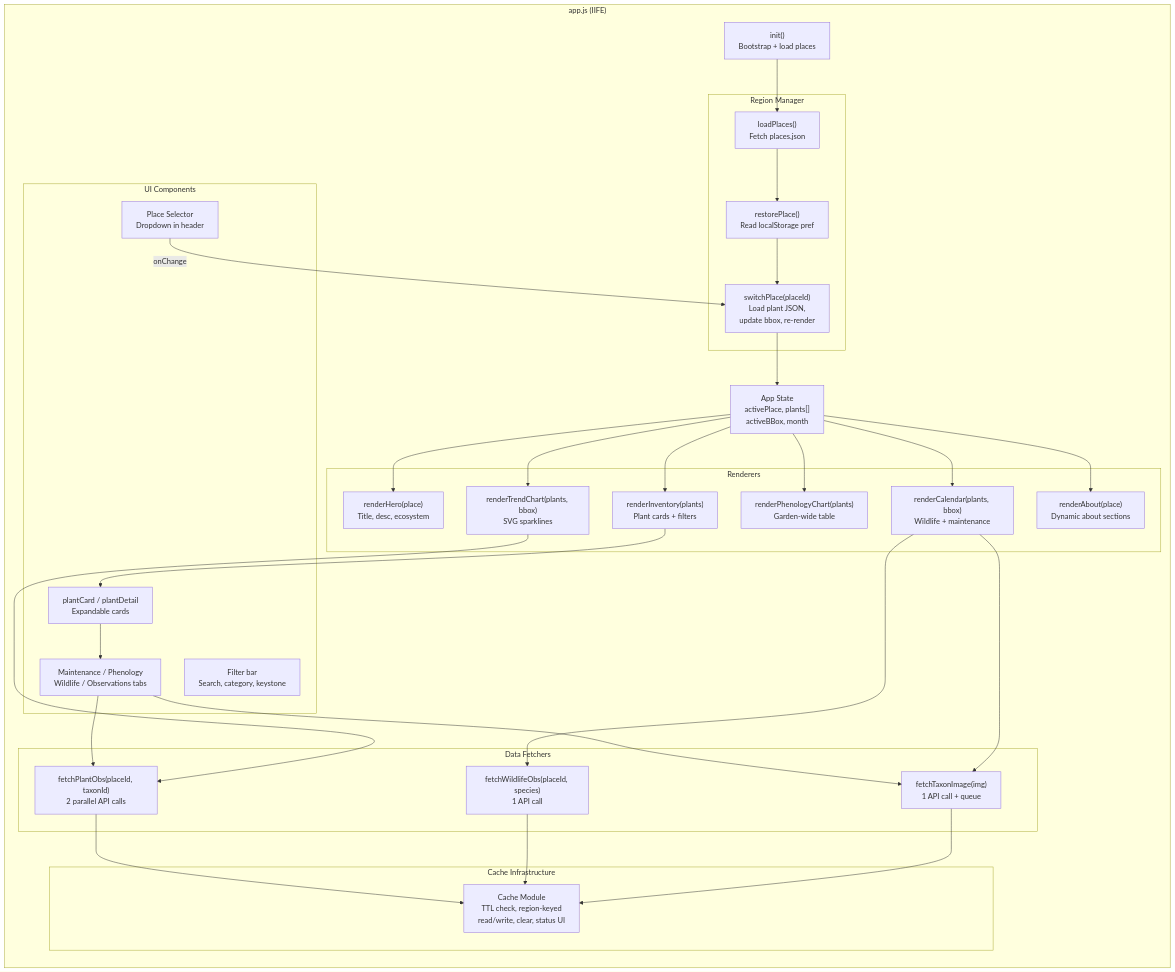
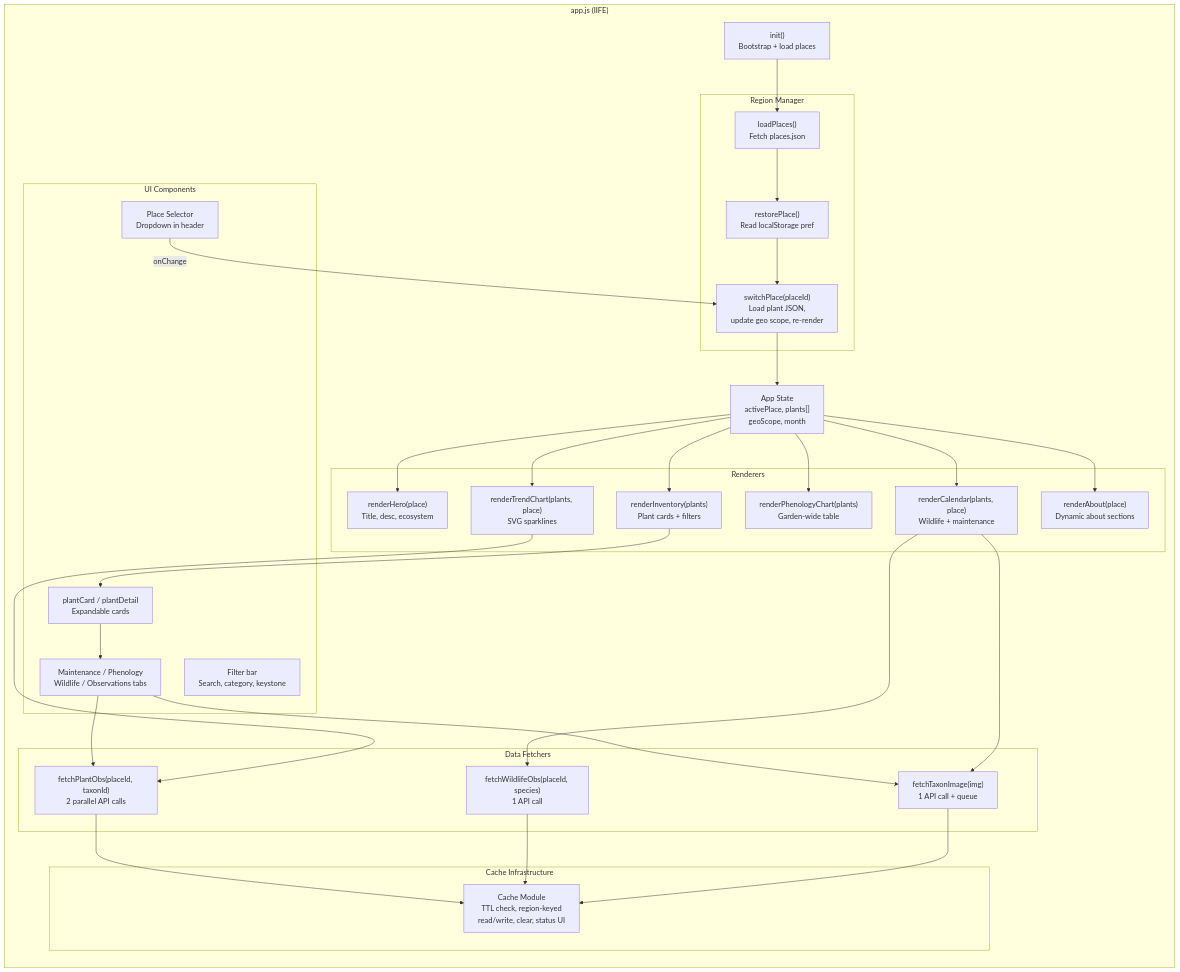
Before and after one commit to chetanddesai/native-habitat-planner: the second of 8 diagrams in docs/tech-design.md, drawn with Mermaid. The commit also changed other lines of this file and 4 other files, not shown here.

````diff
--- a/docs/tech-design.md
+++ b/docs/tech-design.md
@@ -162,61 +163,61 @@
 ```mermaid
 flowchart LR
     subgraph "app.js (IIFE)"
         INIT["init()<br/>Bootstrap + load places"]
-        STATE["App State<br/>activePlace, plants[]<br/>activeBBox, month"]
+        STATE["App State<br/>activePlace, plants[]<br/>geoScope, month"]
 
         subgraph "Region Manager"
             LP["loadPlaces()<br/>Fetch places.json"]
-            SP["switchPlace(placeId)<br/>Load plant JSON,<br/>update bbox, re-render"]
+            SP["switchPlace(placeId)<br/>Load plant JSON,<br/>update geo scope, re-render"]
             RS["restorePlace()<br/>Read localStorage pref"]
         end
 
         subgraph "Cache Infrastructure"
             CACHE["Cache Module<br/>TTL check, region-keyed<br/>read/write, clear, status UI"]
         end
 
         subgraph "Data Fetchers"
             FPO["fetchPlantObs(placeId, taxonId)<br/>2 parallel API calls"]
             FWO["fetchWildlifeObs(placeId, species)<br/>1 API call"]
             FTI["fetchTaxonImage(img)<br/>1 API call + queue"]
         end
 
         subgraph "Renderers"
             RH["renderHero(place)<br/>Title, desc, ecosystem"]
             INV["renderInventory(plants)<br/>Plant cards + filters"]
-            CAL["renderCalendar(plants, bbox)<br/>Wildlife + maintenance"]
+            CAL["renderCalendar(plants, place)<br/>Wildlife + maintenance"]
             PHENO["renderPhenologyChart(plants)<br/>Garden-wide table"]
-            TREND["renderTrendChart(plants, bbox)<br/>SVG sparklines"]
+            TREND["renderTrendChart(plants, place)<br/>SVG sparklines"]
             ABOUT["renderAbout(place)<br/>Dynamic about sections"]
         end
 
         subgraph "UI Components"
             SEL["Place Selector<br/>Dropdown in header"]
             CARD["plantCard / plantDetail<br/>Expandable cards"]
             TABS["Maintenance / Phenology<br/>Wildlife / Observations tabs"]
             FILT["Filter bar<br/>Search, category, keystone"]
         end
     end
 
     INIT --> LP
     LP --> RS
     RS --> SP
     SP --> STATE
     STATE --> RH
     STATE --> INV
     STATE --> CAL
     STATE --> PHENO
     STATE --> TREND
     STATE --> ABOUT
     INV --> CARD
     CARD --> TABS
     TABS --> FPO
     TABS --> FTI
     CAL --> FWO
     CAL --> FTI
     TREND --> FPO
     FPO --> CACHE
     FWO --> CACHE
     FTI --> CACHE
     SEL -- "onChange" --> SP
 ```
````
